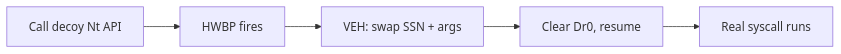
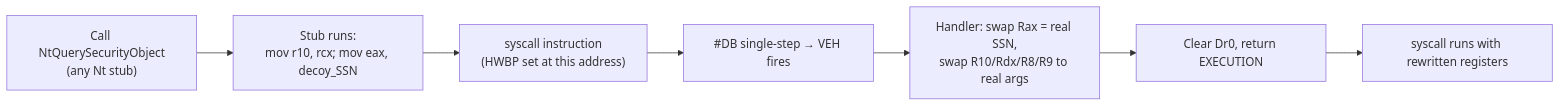
One commit to wosienko/NoExceptions changed the third of 3 diagrams in slides/pages/05-offensive.md. Above: the diagram before and after it, drawn with Mermaid. The commit also changed other lines of this file and 5 other files, not shown here.

````diff
--- a/slides/pages/05-offensive.md
+++ b/slides/pages/05-offensive.md
@@ -45,7 +156,9 @@
-```mermaid {scale: 0.8}
+```mermaid {scale: 0.75}
 flowchart LR
-    A[Call decoy Nt API] --> B[HWBP fires]
-    B --> C["VEH: swap SSN + args"]
-    C --> D[Clear Dr0, resume]
-    D --> E[Real syscall runs]
+    A["Call NtQuerySecurityObject<br/>(any Nt stub)"] --> B["Stub runs:<br/>mov r10, rcx; mov eax, decoy_SSN"]
+    B --> C["syscall instruction<br/>(HWBP set at this address)"]
+    C --> D["#DB single-step → VEH fires"]
+    D --> E["Handler: swap Rax = real SSN,<br/>swap R10/Rdx/R8/R9 to real args"]
+    E --> F["Clear Dr0, return EXECUTION"]
+    F --> G["syscall runs with rewritten registers"]
 ```
````
